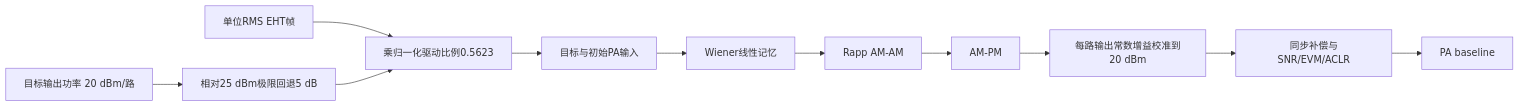
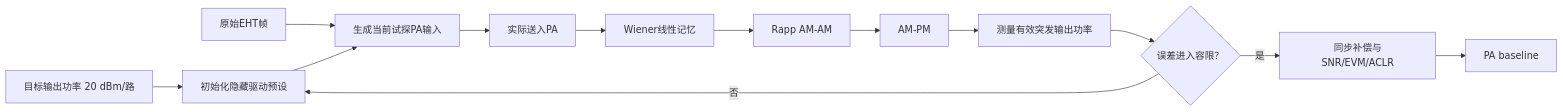
One commit to niyilu45/DPD_ILC changed the third of 5 diagrams in doc/BenchMark.md. Above: the diagram before and after it, drawn with Mermaid. The commit also changed other lines of this file and 14 other files, not shown here.

Commit message:
Implement closed-loop PA power calibration

````diff
--- a/doc/BenchMark.md
+++ b/doc/BenchMark.md
@@ -749,13 +753,15 @@
 ```mermaid
 flowchart LR
-    power["目标输出功率 20 dBm/路"] --> backoff["相对25 dBm极限回退5 dB"]
-    unit["单位RMS EHT帧"] --> scale["乘归一化驱动比例0.5623"]
+    power["目标输出功率 20 dBm/路"] --> backoff["初始化隐藏驱动预设"]
+    unit["原始EHT帧"] --> scale["生成当前试探PA输入"]
     backoff --> scale
-    scale --> target["目标与初始PA输入"]
+    scale --> target["实际送入PA"]
     target --> memory["Wiener线性记忆"]
     memory --> amam["Rapp AM-AM"]
     amam --> ampm["AM-PM"]
-    ampm --> outputCalibration["每路输出常数增益校准到20 dBm"]
-    outputCalibration --> analysis["同步补偿与SNR/EVM/ACLR"]
+    ampm --> outputCalibration["测量有效突发输出功率"]
+    outputCalibration --> decision{"误差进入容限？"}
+    decision -->|否| backoff
+    decision -->|是| analysis["同步补偿与SNR/EVM/ACLR"]
     analysis --> baseline["PA baseline"]
 ```
````
